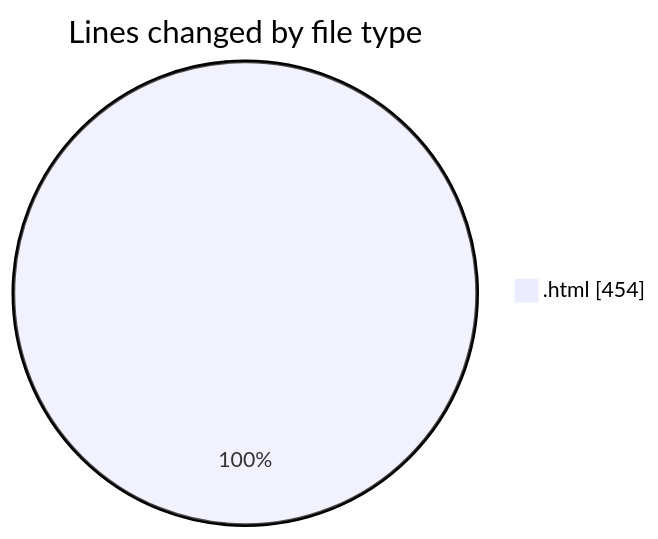
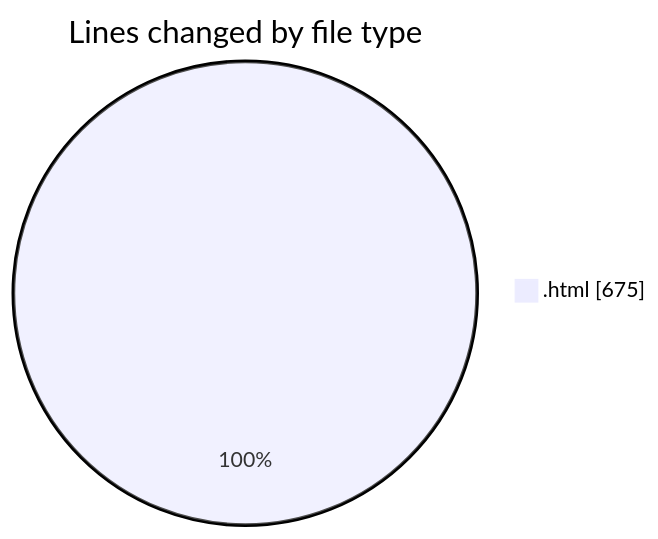
One commit to nxtqubesakshisongat/code-tracking changed the first of 2 diagrams in 2025-08-10/nxtqube_webapp/README.md. Above: the diagram before and after it, drawn with Mermaid. The commit also changed other lines of this file and 1 other file, not shown here.

````diff
--- a/2025-08-10/nxtqube_webapp/README.md
+++ b/2025-08-10/nxtqube_webapp/README.md
@@ -21,5 +21,5 @@
 ```mermaid
 pie showData
 title Lines changed by file type
-".html" : 454
+".html" : 675
 ```
````
